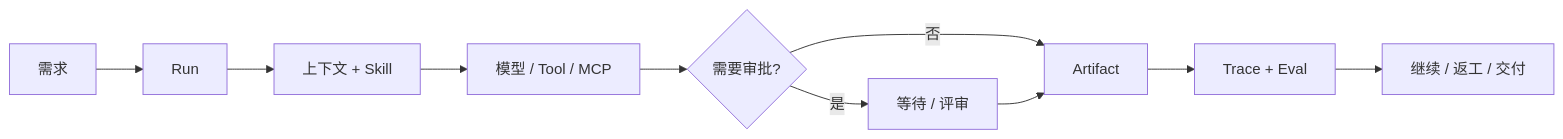
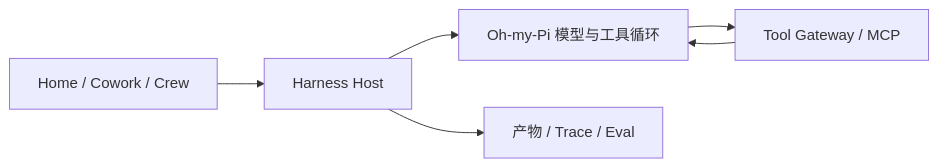
Before and after one commit to Foxtailsss-Andy/Anna-Agent: the diagram in README.zh-CN.md, drawn with Mermaid. The commit also changed other lines of this file and 1 other file, not shown here.

````diff
--- a/README.zh-CN.md
+++ b/README.zh-CN.md
@@ -97,12 +94,8 @@
 ```mermaid
 flowchart LR
-    A[需求] --> B[Run]
-    B --> C[上下文 + Skill]
-    C --> D[模型 / Tool / MCP]
-    D --> E{需要审批?}
-    E -->|是| F[等待 / 评审]
-    E -->|否| G[Artifact]
-    F --> G
-    G --> H[Trace + Eval]
-    H --> I[继续 / 返工 / 交付]
+    UI[Home / Cowork / Crew] --> Host[Harness Host]
+    Host --> OMP[Oh-my-Pi 模型与工具循环]
+    OMP --> Gateway[Tool Gateway / MCP]
+    Gateway --> OMP
+    Host --> Result[产物 / Trace / Eval]
 ```
````
